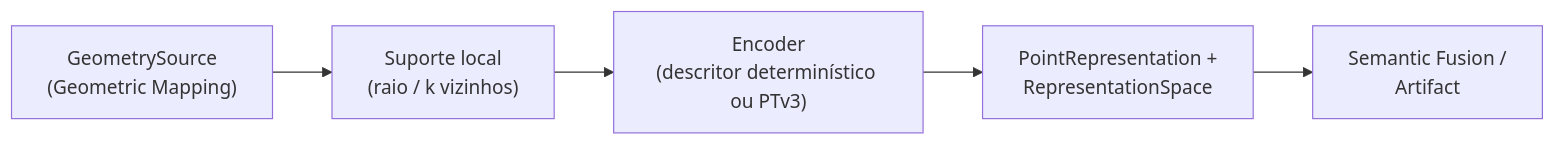
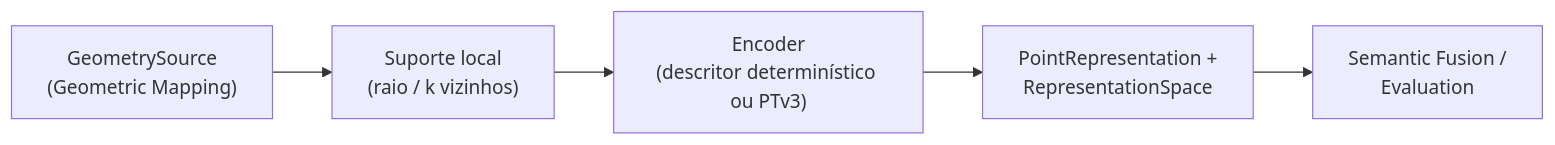
The diagram in src/contextmap/point_representation/docs/README.md (Alexandre-Tortoza/contextmap2), drawn with Mermaid before and after one commit. The commit also changed other lines of this file and 30 other files, not shown here.

````diff
--- a/src/contextmap/point_representation/docs/README.md
+++ b/src/contextmap/point_representation/docs/README.md
@@ -7,7 +7,7 @@
 ```mermaid
 flowchart LR
     GM["GeometrySource<br/>(Geometric Mapping)"] --> SUP["Suporte local<br/>(raio / k vizinhos)"]
     SUP --> ENC["Encoder<br/>(descritor determinístico ou PTv3)"]
     ENC --> REP["PointRepresentation +<br/>RepresentationSpace"]
-    REP --> DOWN["Semantic Fusion /<br/>Artifact"]
+    REP --> DOWN["Semantic Fusion /<br/>Evaluation"]
 ```
````
